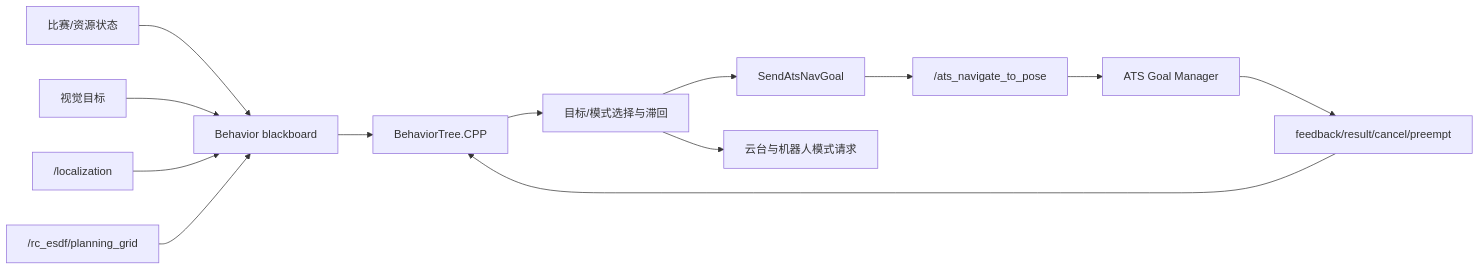
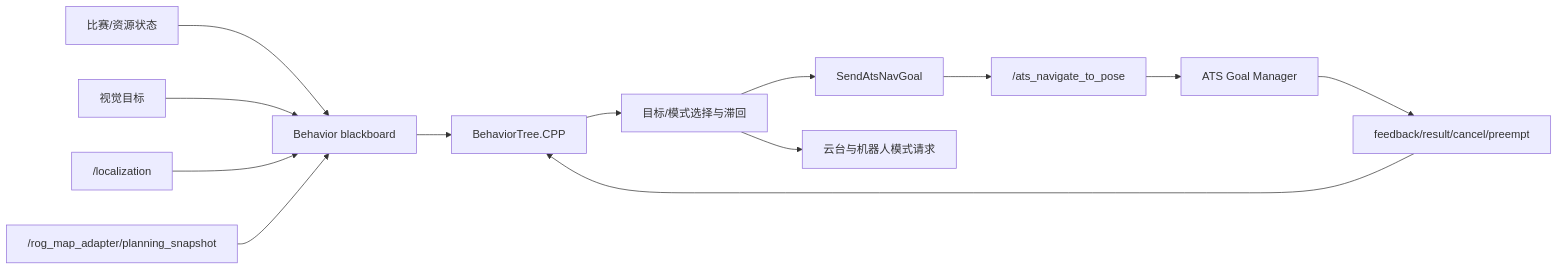
One commit to liukong1220/ats_sentry_behavior changed the diagram in README.md. Above: the diagram before and after it, drawn with Mermaid. The commit also changed other lines of this file and 7 other files, not shown here.

First line of the commit message:
[接口] 行为层规划地图输入改为planning_snapshot

````diff
--- a/README.md
+++ b/README.md
@@ -214,15 +214,15 @@
 ```mermaid
 flowchart LR
     Referee["比赛/资源状态"] --> Blackboard["Behavior blackboard"]
     Vision["视觉目标"] --> Blackboard
     Pose["/localization"] --> Blackboard
-    Grid["/rc_esdf/planning_grid"] --> Blackboard
+    Grid["/rog_map_adapter/planning_snapshot"] --> Blackboard
     Blackboard --> Tree["BehaviorTree.CPP"]
     Tree --> Select["目标/模式选择与滞回"]
     Select --> AtsGoal["SendAtsNavGoal"]
     AtsGoal --> Action["/ats_navigate_to_pose"]
     Action --> Manager["ATS Goal Manager"]
     Manager --> Result["feedback/result/cancel/preempt"]
     Result --> Tree
     Select --> Gimbal["云台与机器人模式请求"]
 ```
````
